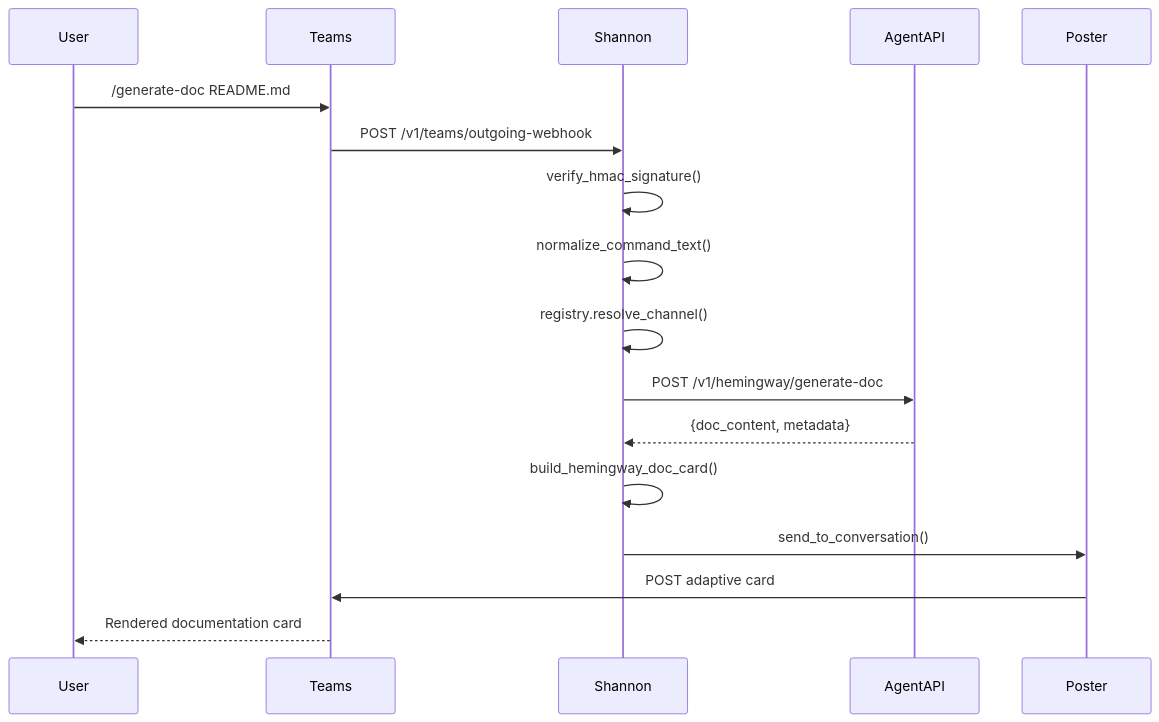
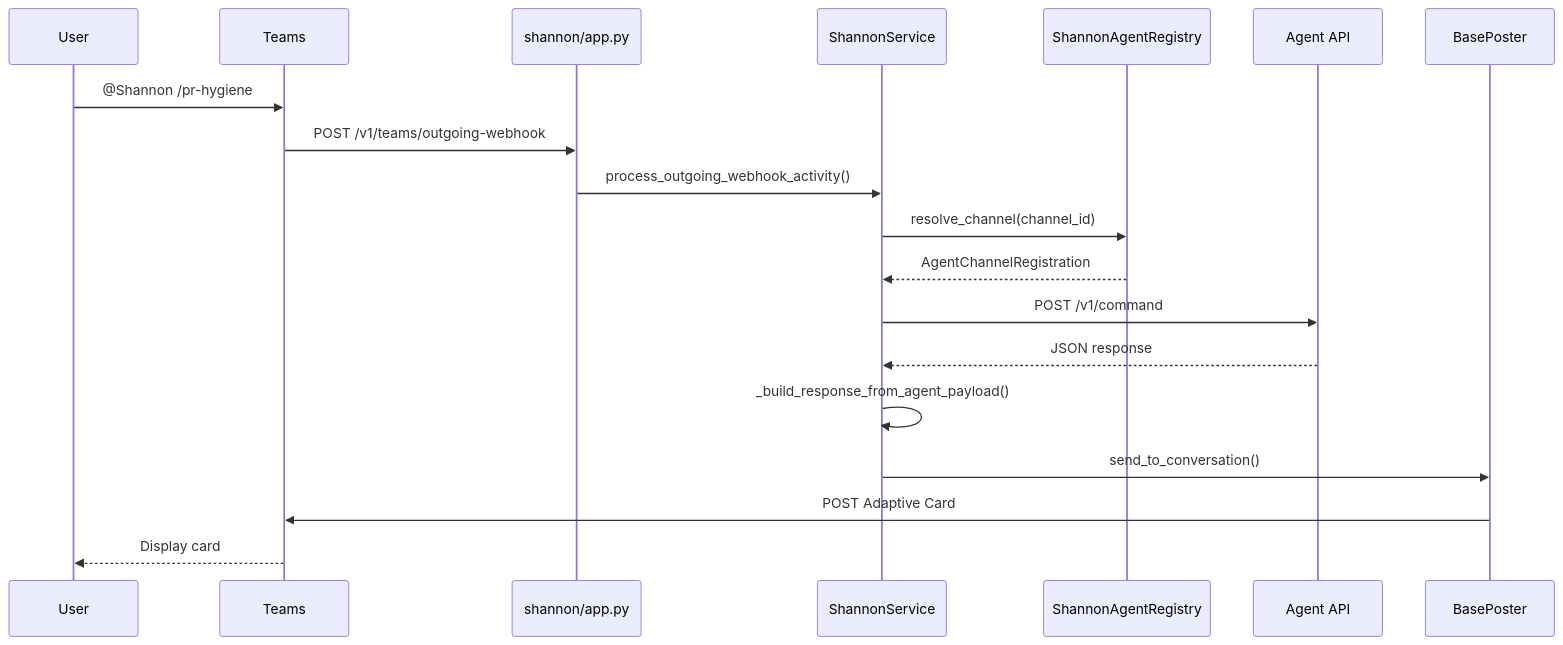
The second of 4 diagrams in docs/shannon.md (jmac-cornelis/agent-workforce), drawn with Mermaid before and after one commit. The commit also changed other lines of this file and 5 other files, not shown here.

Commit message:
docs: auto-generate documentation for PR #26 [skip ci]

````diff
--- a/docs/shannon.md
+++ b/docs/shannon.md
@@ -55,20 +56,22 @@
 ```mermaid
 sequenceDiagram
     participant User
     participant Teams
-    participant Shannon
-    participant AgentAPI
-    participant Poster
+    participant App as shannon/app.py
+    participant Service as ShannonService
+    participant Registry as ShannonAgentRegistry
+    participant AgentAPI as Agent API
+    participant Poster as BasePoster
 
-    User->>Teams: /generate-doc README.md
-    Teams->>Shannon: POST /v1/teams/outgoing-webhook
-    Shannon->>Shannon: verify_hmac_signature()
-    Shannon->>Shannon: normalize_command_text()
-    Shannon->>Shannon: registry.resolve_channel()
-    Shannon->>AgentAPI: POST /v1/hemingway/generate-doc
-    AgentAPI-->>Shannon: {doc_content, metadata}
-    Shannon->>Shannon: build_hemingway_doc_card()
-    Shannon->>Poster: send_to_conversation()
-    Poster->>Teams: POST adaptive card
-    Teams-->>User: Rendered documentation card
+    User->>Teams: @Shannon /pr-hygiene
+    Teams->>App: POST /v1/teams/outgoing-webhook
+    App->>Service: process_outgoing_webhook_activity()
+    Service->>Registry: resolve_channel(channel_id)
+    Registry-->>Service: AgentChannelRegistration
+    Service->>AgentAPI: POST /v1/command
+    AgentAPI-->>Service: JSON response
+    Service->>Service: _build_response_from_agent_payload()
+    Service->>Poster: send_to_conversation()
+    Poster->>Teams: POST Adaptive Card
+    Teams-->>User: Display card
 ```
````
